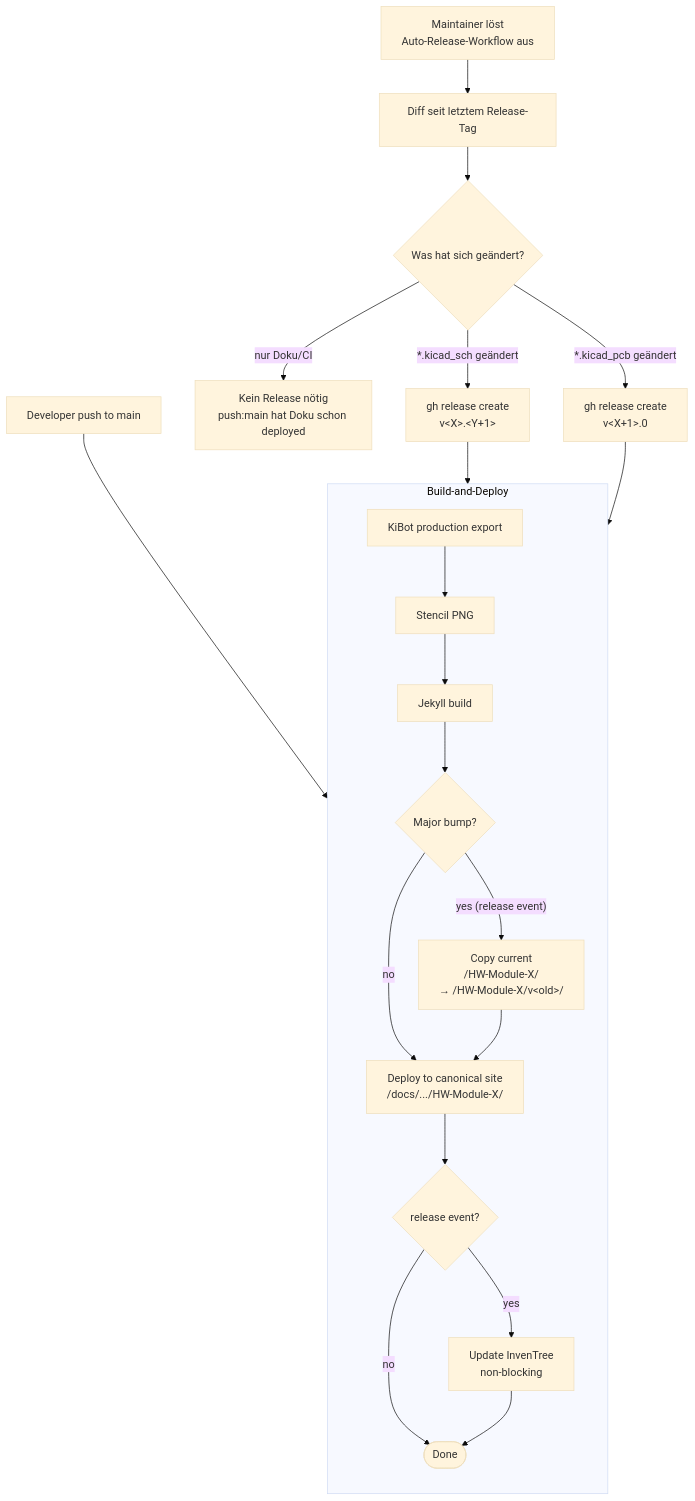
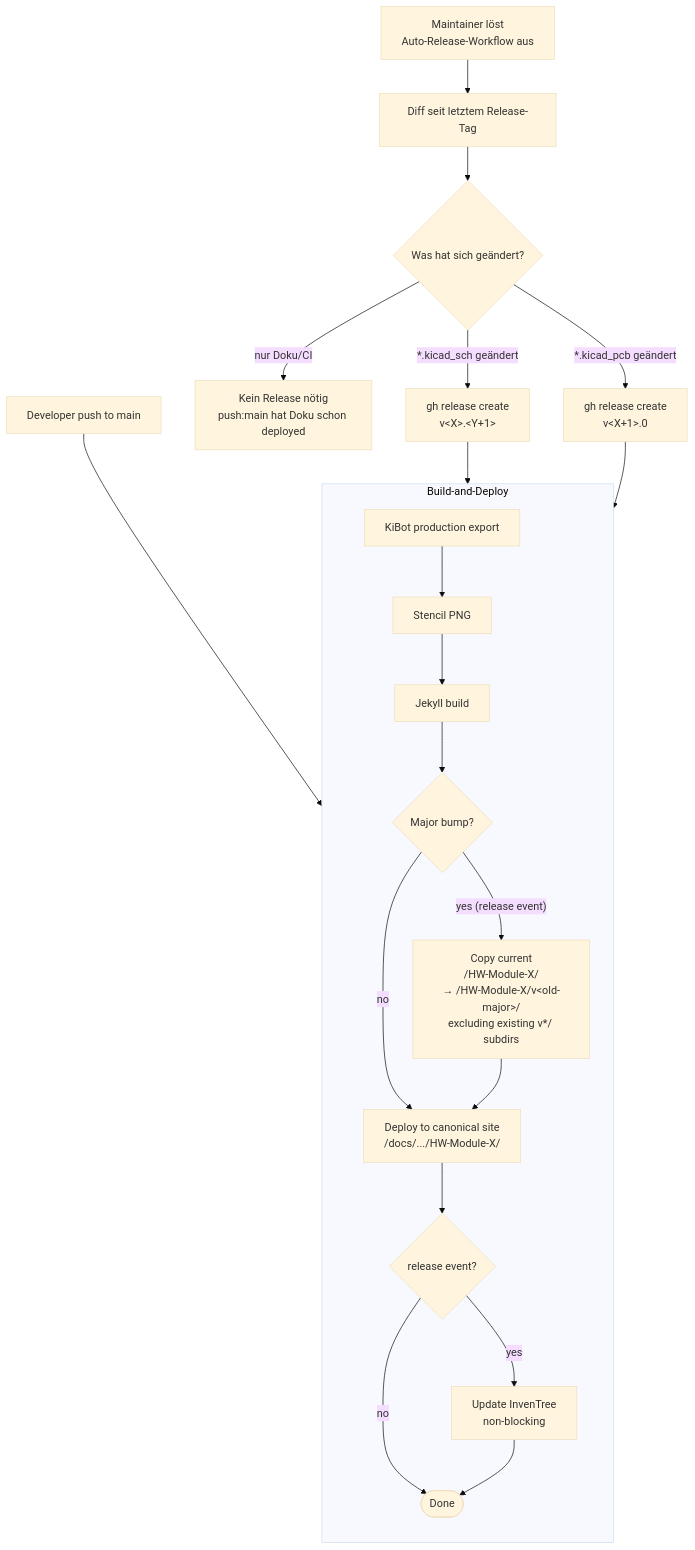
The diagram in docs/remote-station/hardware/versioning.md (OE5XRX/OE5XRX.github.io), drawn with Mermaid (base theme) before and after one commit. The commit also changed other lines of this file, not shown here.

````diff
--- a/docs/remote-station/hardware/versioning.md
+++ b/docs/remote-station/hardware/versioning.md
@@ -26,30 +26,30 @@
 ```mermaid
 flowchart TB
     Push[Developer push to main]
     Disp[Maintainer löst<br/>Auto-Release-Workflow aus]
 
     Push --> Build1
     Disp --> AutoCalc
 
     subgraph BuildPath [Build-and-Deploy]
         direction TB
         Build1[KiBot production export]
         Build1 --> Stencil1[Stencil PNG]
         Stencil1 --> Jekyll1[Jekyll build]
         Jekyll1 --> CheckMajor{Major bump?}
-        CheckMajor -->|"yes (release event)"| Archive[Copy current<br/>/HW-Module-X/<br/>→ /HW-Module-X/v&lt;old&gt;/]
+        CheckMajor -->|"yes (release event)"| Archive[Copy current<br/>/HW-Module-X/<br/>→ /HW-Module-X/v&lt;old-major&gt;/<br/>excluding existing v*/ subdirs]
         CheckMajor -->|"no"| Deploy1
         Archive --> Deploy1[Deploy to canonical site<br/>/docs/.../HW-Module-X/]
         Deploy1 --> InvenTree{release event?}
         InvenTree -->|"yes"| InvenT[Update InvenTree<br/>non-blocking]
         InvenTree -->|"no"| Done1([Done])
         InvenT --> Done1
     end
 
     AutoCalc[Diff seit letztem Release-Tag] --> Decide{Was hat sich geändert?}
     Decide -->|"nur Doku/CI"| NoTag[Kein Release nötig<br/>push:main hat Doku schon deployed]
     Decide -->|"*.kicad_sch geändert"| Minor[gh release create<br/>v&lt;X&gt;.&lt;Y+1&gt;]
     Decide -->|"*.kicad_pcb geändert"| Major[gh release create<br/>v&lt;X+1&gt;.0]
     Minor --> Build1
     Major --> Build1
 ```
````
